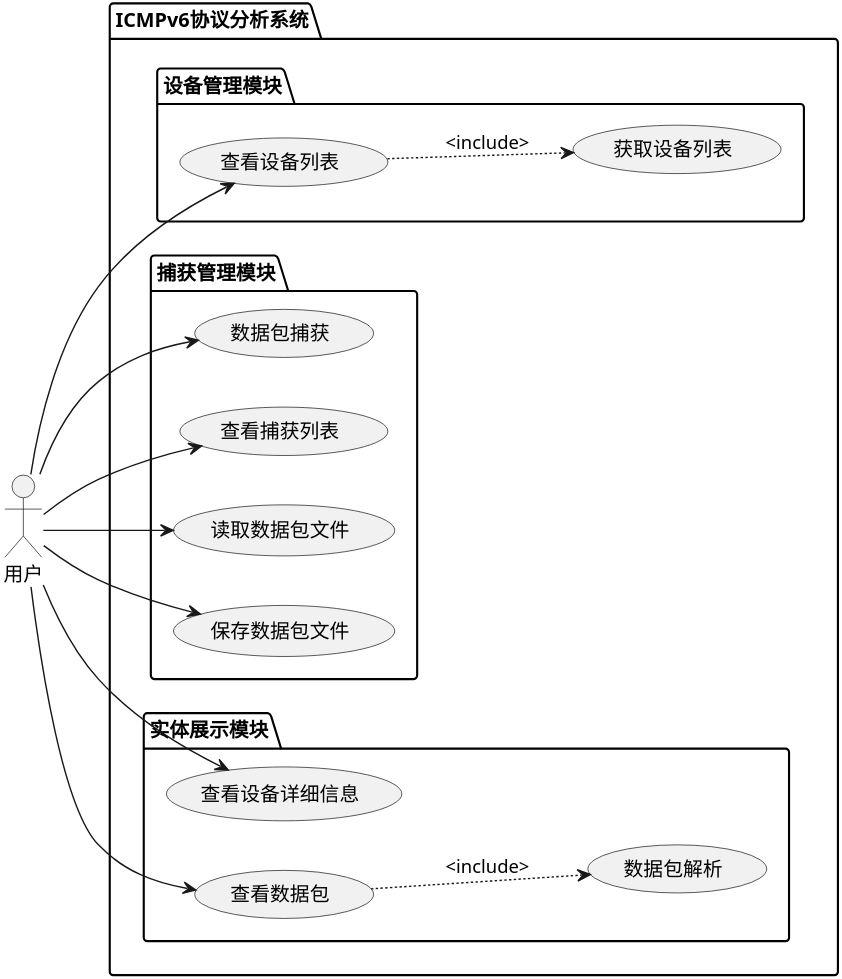
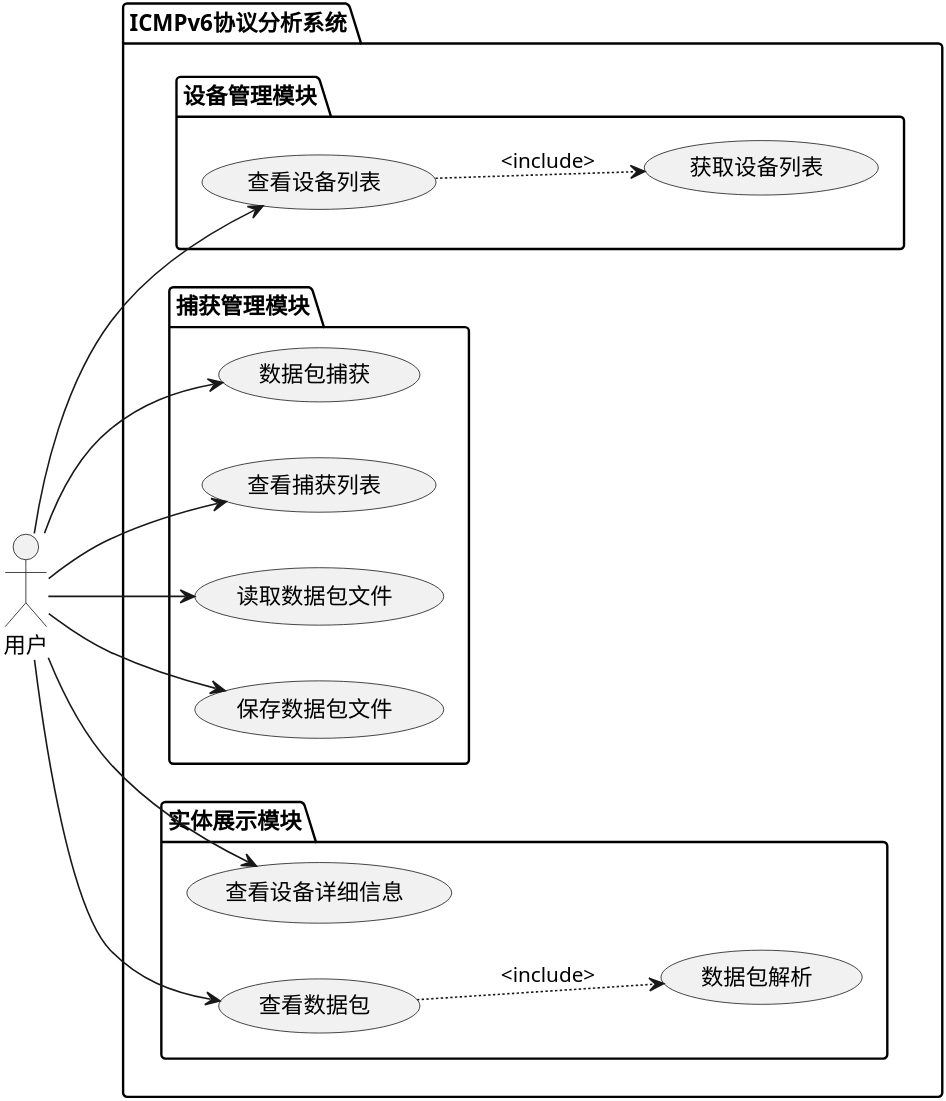
Before and after one commit to Baymax104/icmpv6-parser: the diagram in Icmpv6/doc/SystemUseCase.puml, drawn with PlantUML. The commit also changed 28 other files, not shown here.

```diff
--- a/Icmpv6/doc/SystemUseCase.puml
+++ b/Icmpv6/doc/SystemUseCase.puml
@@ -1,42 +1,42 @@
 @startuml
 'https://plantuml.com/use-case-diagram
 
-skinparam dpi 400
+skinparam dpi 450
 left to right direction
 
 actor 用户 as User
 
 package ICMPv6协议分析系统 {
     
     package 设备管理模块 {
         usecase 查看设备列表
         usecase 获取设备列表
     }
     
     package 捕获管理模块 {
         usecase 数据包捕获
         usecase 查看捕获列表
         usecase 读取数据包文件
         usecase 保存数据包文件
     }
     
     package 实体展示模块 {
         usecase 查看设备详细信息
         usecase 查看数据包
         usecase 数据包解析
     }
 }
 
 User --> 查看设备列表
 User --> 数据包捕获
 查看设备列表 ..> 获取设备列表: <include>
 
 User --> 查看捕获列表
 User --> 读取数据包文件
 User --> 保存数据包文件
 查看数据包 ..> 数据包解析 :<include>
 
 User --> 查看设备详细信息
 User --> 查看数据包
 
 @enduml
```
